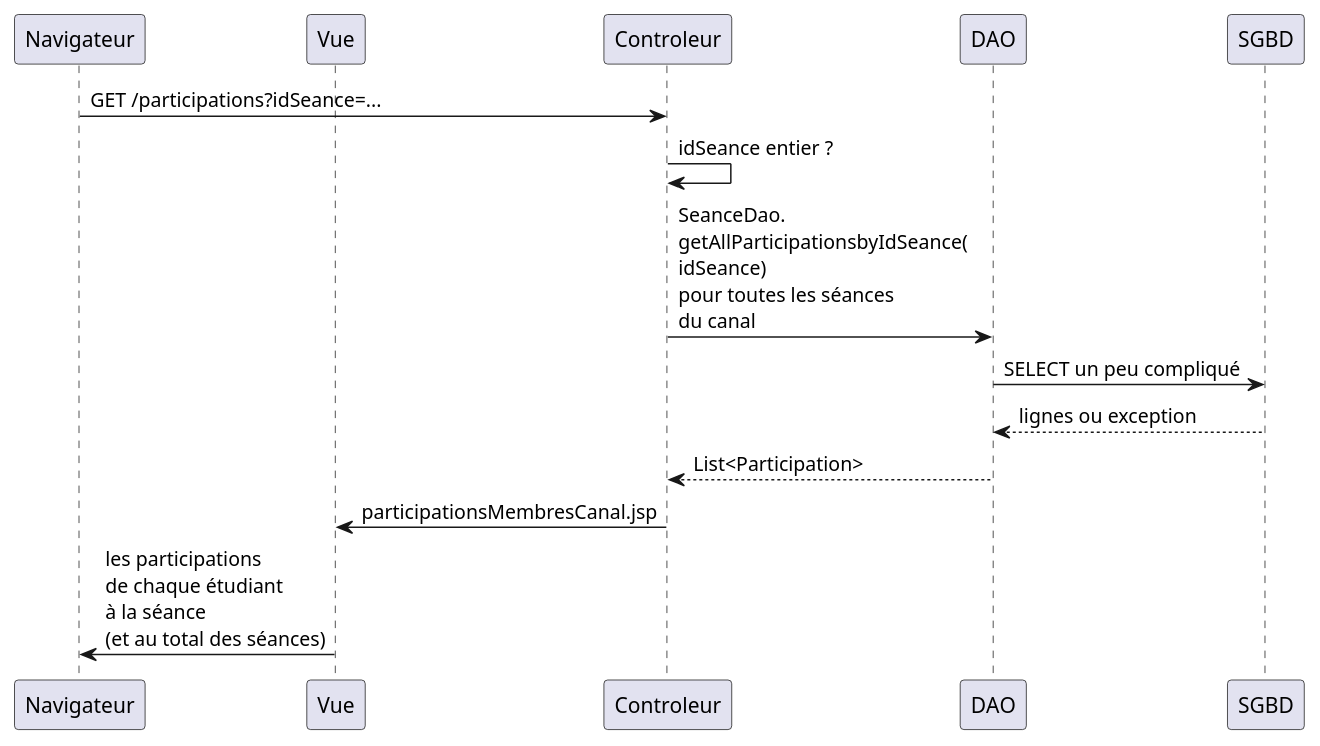
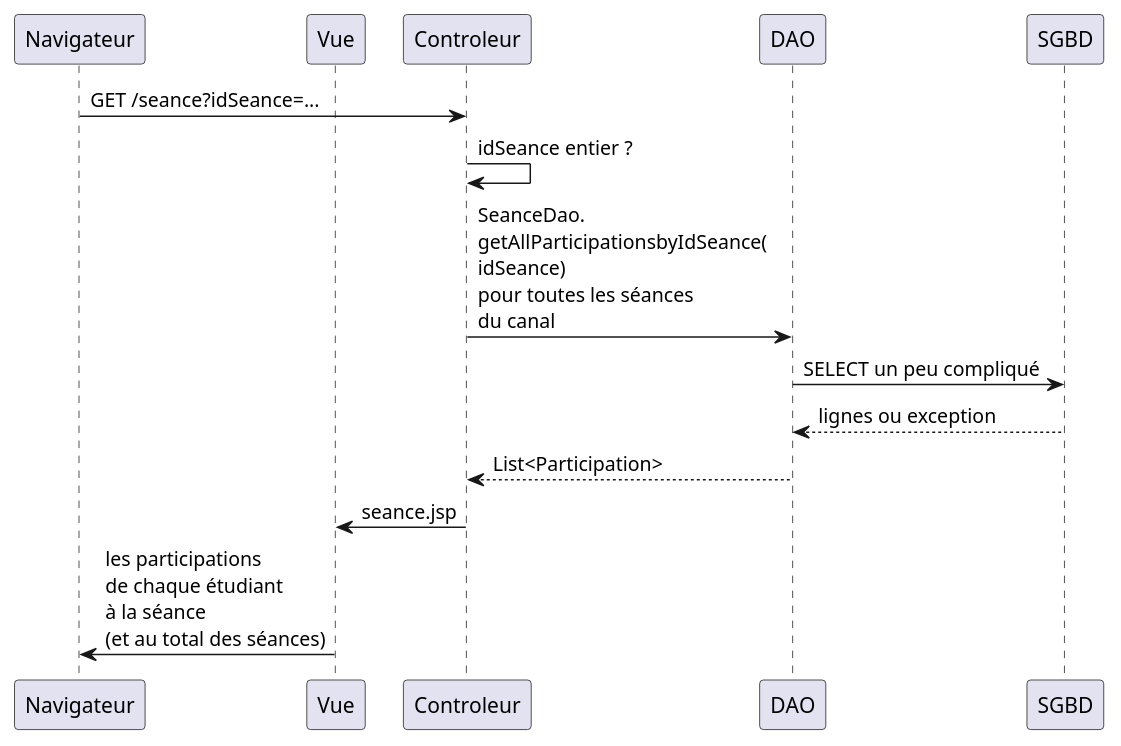
The diagram in src/main/uml/participationsEtudiants.puml (michel-plasse/SIOMassy2022), drawn with PlantUML before and after one commit. The commit also changed other lines of this file, not shown here.

```diff
--- a/src/main/uml/participationsEtudiants.puml
+++ b/src/main/uml/participationsEtudiants.puml
@@ -1,15 +1,15 @@
 @startuml
 participant Navigateur
 participant Vue
 
-Navigateur -> Controleur: GET /participations?idSeance=...
+Navigateur -> Controleur: GET /seance?idSeance=...
 Controleur -> Controleur: idSeance entier ?
 
 Controleur -> DAO: SeanceDao.\ngetAllParticipationsbyIdSeance(\nidSeance)\npour toutes les séances\ndu canal
 DAO -> SGBD: SELECT un peu compliqué
 SGBD --> DAO: lignes ou exception
 DAO --> Controleur: List<Participation>
-Controleur -> Vue: participationsMembresCanal.jsp
+Controleur -> Vue: seance.jsp
 Vue -> Navigateur: les participations\nde chaque étudiant\nà la séance\n(et au total des séances)
 
 @enduml
```
